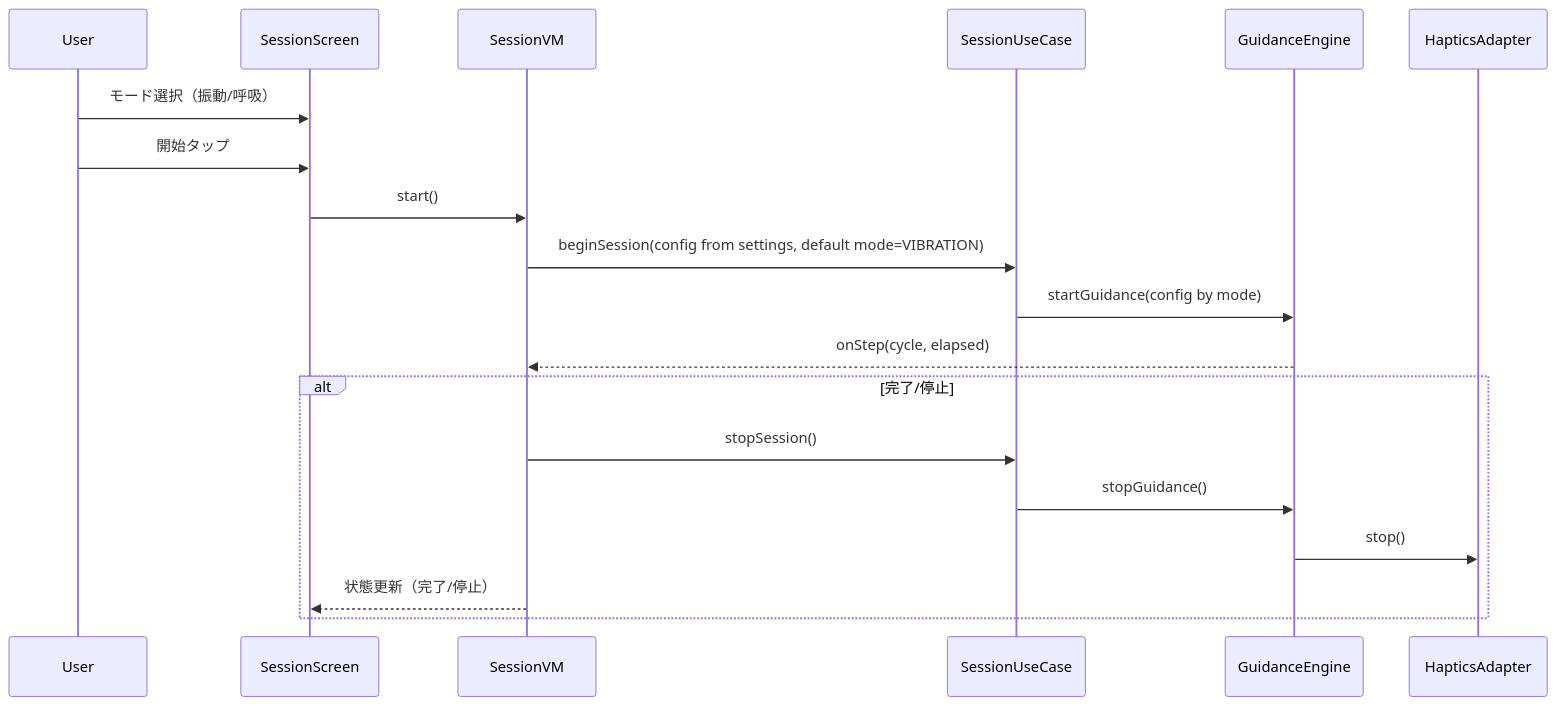
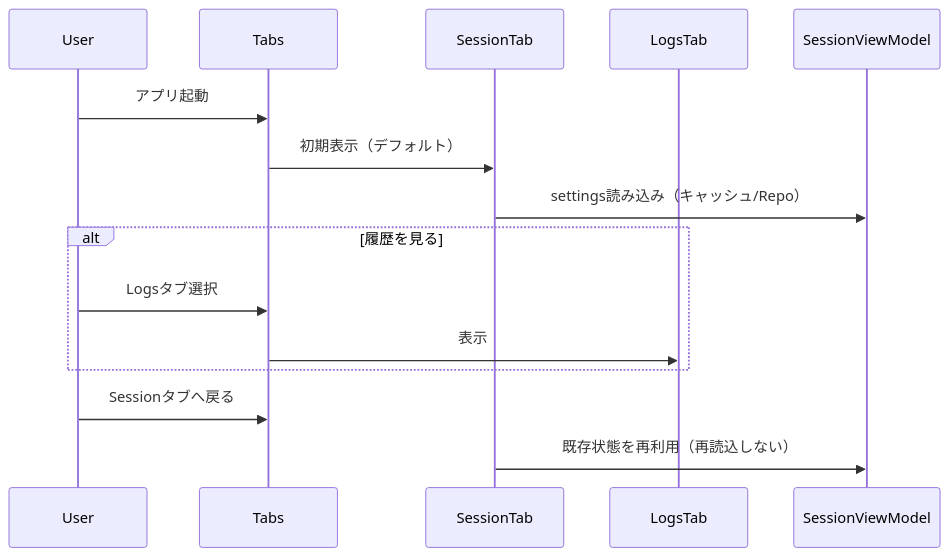
The second of 3 diagrams in .kiro/specs/calm-heart-rate-app/design.md (n4cl/CalmVibe), drawn with Mermaid before and after one commit. The commit also changed other lines of this file and 3 other files, not shown here.

````diff
--- a/.kiro/specs/calm-heart-rate-app/design.md
+++ b/.kiro/specs/calm-heart-rate-app/design.md
@@ -45,22 +77,18 @@
 ```mermaid
 sequenceDiagram
   participant User
-  participant UI as SessionScreen
-  participant VM as SessionVM
-  participant UC as SessionUseCase
-  participant GE as GuidanceEngine
-  participant HA as HapticsAdapter
+  participant Tabs
+  participant SessionTab
+  participant LogsTab
+  participant VM as SessionViewModel
 
-  User->>UI: モード選択（振動/呼吸）
-  User->>UI: 開始タップ
-  UI->>VM: start()
-  VM->>UC: beginSession(config from settings, default mode=VIBRATION)
-  UC->>GE: startGuidance(config by mode)
-  GE-->>VM: onStep(cycle, elapsed)
-  alt 完了/停止
-    VM->>UC: stopSession()
-    UC->>GE: stopGuidance()
-    GE->>HA: stop()
-    VM-->>UI: 状態更新（完了/停止）
+  User->>Tabs: アプリ起動
+  Tabs->>SessionTab: 初期表示（デフォルト）
+  SessionTab->>VM: settings読み込み（キャッシュ/Repo）
+  alt 履歴を見る
+    User->>Tabs: Logsタブ選択
+    Tabs->>LogsTab: 表示
   end
+  User->>Tabs: Sessionタブへ戻る
+  SessionTab->>VM: 既存状態を再利用（再読込しない）
 ```
````
